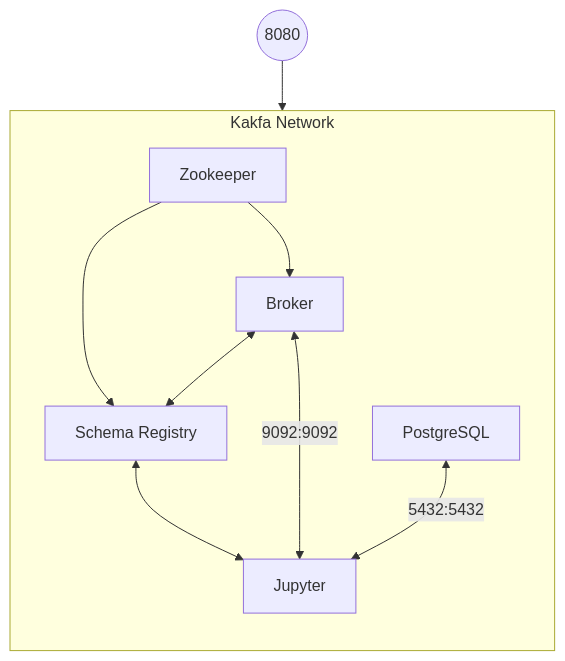
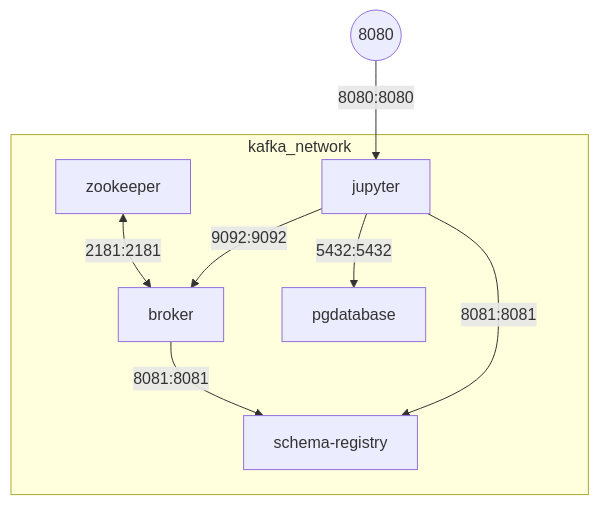
Before and after one commit to kaizen-ai/kaizenflow: the first of 2 diagrams in sorrentum_sandbox/spring2024/Spring2024_Data_Streaming_Platform_with_Apache_Kafka/README.md, drawn with Mermaid. The commit also changed other lines of this file, not shown here.

````diff
--- a/sorrentum_sandbox/spring2024/Spring2024_Data_Streaming_Platform_with_Apache_Kafka/README.md
+++ b/sorrentum_sandbox/spring2024/Spring2024_Data_Streaming_Platform_with_Apache_Kafka/README.md
@@ -17,19 +45,16 @@
 ```mermaid
-graph TB
-  subgraph m[Kakfa Network]
-    direction TB
-    Z["Zookeeper"]
-    B["Broker"]
-    SR["Schema Registry"]
-    J["Jupyter"]
-    PG["PostgreSQL"]
-    Z --> B
-    Z --> SR
-    B <--> SR
-	SR <--> J	
-    B <-- "9092:9092" --> J
-    PG <-- "5432:5432" --> J
+graph TD
+	subgraph m["kafka_network"]
+		Z["zookeeper"]
+		B["broker"]
+		SR["schema-registry"]
+		J["jupyter"]
+		PG["pgdatabase"]
+		Z <-- "2181:2181" --> B
+		B -- "8081:8081"  --> SR
+		J -- "9092:9092" --> B
+		J -- "8081:8081" --> SR
+		J -- "5432:5432" --> PG
 	end
-id1((8080)) --> J
-
+	u((8080)) -- "8080:8080" --> J
 ```
````
